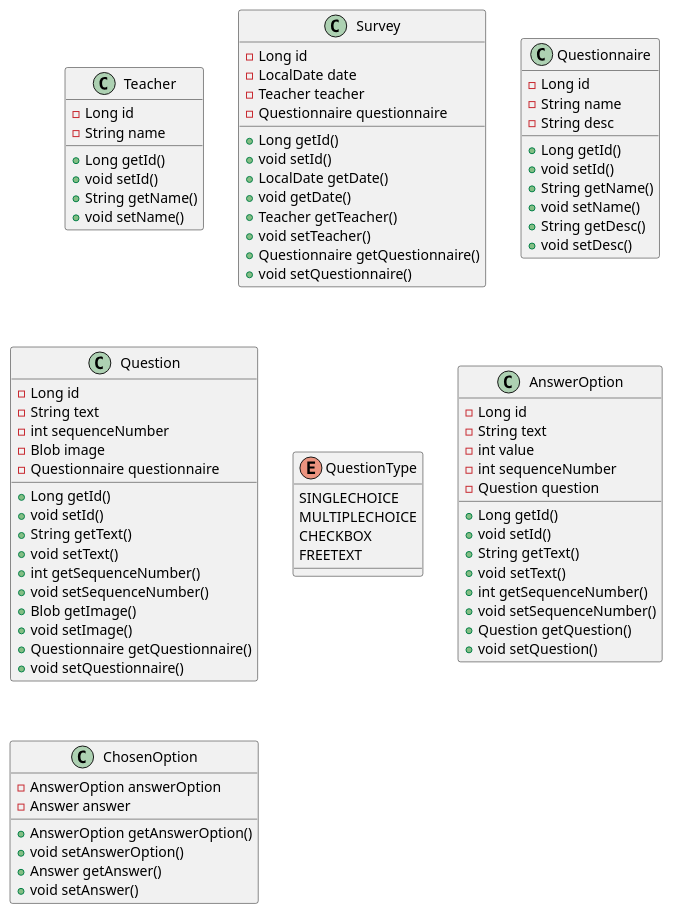
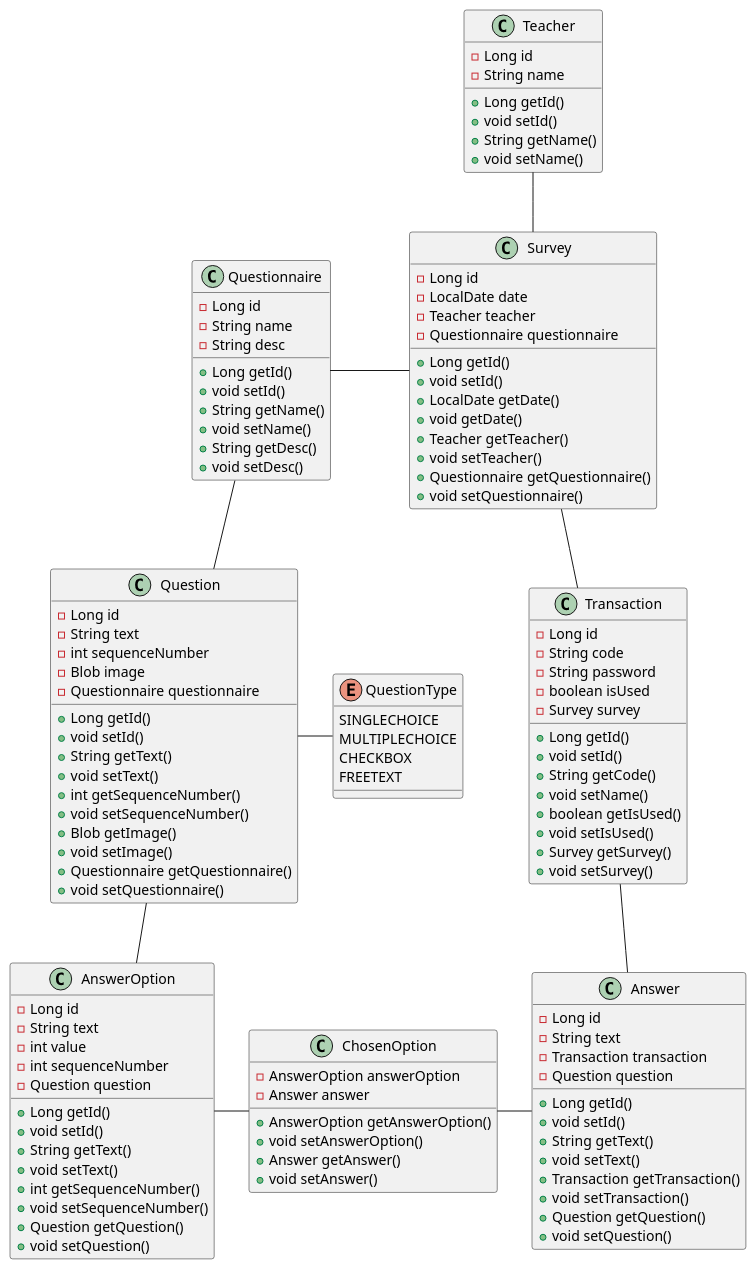
Before and after one commit to htl-leonding-project/questionz: the diagram in asciidocs/ClassDiagram.puml, drawn with PlantUML. The commit also changed 3 other files, not shown here.

Commit message:
#11 added Class Diagram

```diff
--- a/asciidocs/ClassDiagram.puml
+++ b/asciidocs/ClassDiagram.puml
@@ -1,97 +1,140 @@
 @startuml
 
 class Teacher {
 - Long id
 - String name
 
 + Long getId()
 + void setId()
 + String getName()
 + void setName()
 }
 
 class Survey {
 - Long id
 - LocalDate date
 - Teacher teacher
 - Questionnaire questionnaire
 
 + Long getId()
 + void setId()
 + LocalDate getDate()
 + void getDate()
 + Teacher getTeacher()
 + void setTeacher()
 + Questionnaire getQuestionnaire()
 + void setQuestionnaire()
 }
 
 class Questionnaire {
 - Long id
 - String name
 - String desc
 
 + Long getId()
 + void setId()
 + String getName()
 + void setName()
 + String getDesc()
 + void setDesc()
 }
 
 class Question {
 - Long id
 - String text
 - int sequenceNumber
 - Blob image
 - Questionnaire questionnaire
 
 + Long getId()
 + void setId()
 + String getText()
 + void setText()
 + int getSequenceNumber()
 + void setSequenceNumber()
 + Blob getImage()
 + void setImage()
 + Questionnaire getQuestionnaire()
 + void setQuestionnaire()
 }
 
 enum QuestionType {
 SINGLECHOICE
 MULTIPLECHOICE
 CHECKBOX
 FREETEXT
 }
 
 class AnswerOption {
 - Long id
 - String text
 - int value
 - int sequenceNumber
 - Question question
 
 + Long getId()
 + void setId()
 + String getText()
 + void setText()
 + int getSequenceNumber()
 + void setSequenceNumber()
 + Question getQuestion()
 + void setQuestion()
 }
 
 class ChosenOption {
 - AnswerOption answerOption
 - Answer answer
 
 + AnswerOption getAnswerOption()
 + void setAnswerOption()
 + Answer getAnswer()
 + void setAnswer()
 }
 
+class Answer {
+- Long id
+- String text
+- Transaction transaction
+- Question question
+
++ Long getId()
++ void setId()
++ String getText()
++ void setText()
++ Transaction getTransaction()
++ void setTransaction()
++ Question getQuestion()
++ void setQuestion()
+}
+
+class Transaction {
+- Long id
+- String code
+- String password
+- boolean isUsed
+- Survey survey
+
++ Long getId()
++ void setId()
++ String getCode()
++ void setName()
++ boolean getIsUsed()
++ void setIsUsed()
++ Survey getSurvey()
++ void setSurvey()
+
+}
+
+Teacher -down- Survey
+Survey -left- Questionnaire
+Questionnaire -- Question
+Question -left- QuestionType
+Question -- AnswerOption
+AnswerOption -right- ChosenOption
+ChosenOption  -right- Answer
+Answer -up- Transaction
+Survey -- Transaction
 
 
 @enduml
```
